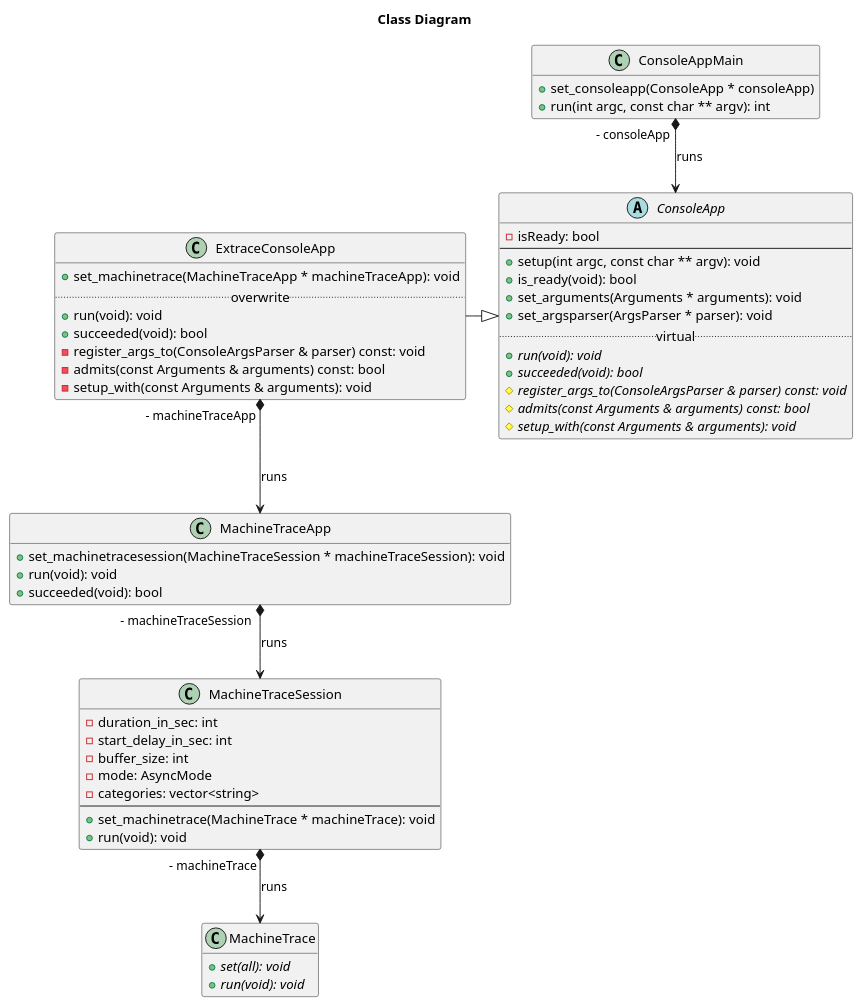
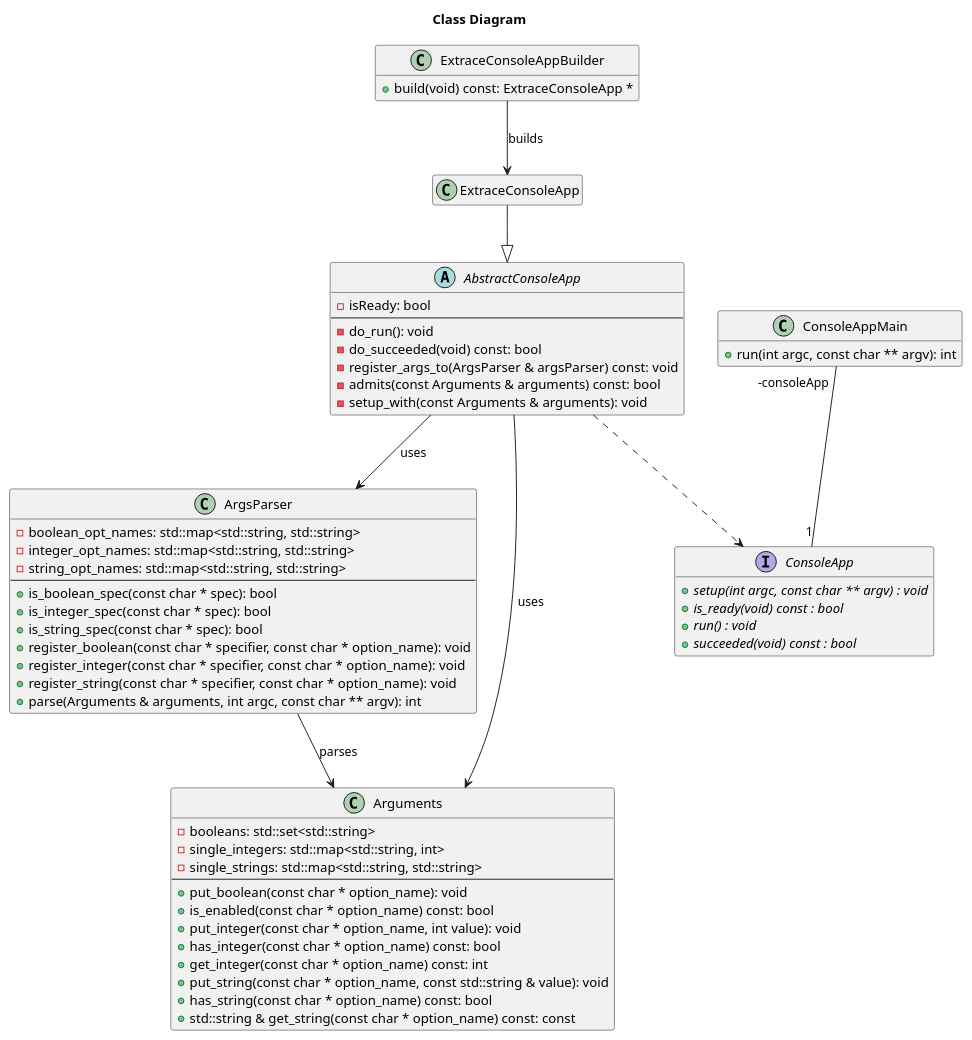
The diagram in docs/design/class.puml (littlewhywhat/extrace), drawn with PlantUML before and after one commit.

Commit message:
Update class diagram for ConsoleApp

```diff
--- a/docs/design/class.puml
+++ b/docs/design/class.puml
@@ -1,67 +1,79 @@
 @startuml
 
 title Class Diagram
 
+interface ConsoleApp {
+  + {abstract} setup(int argc, const char ** argv) : void
+  + {abstract} is_ready(void) const : bool
+  + {abstract} run() : void
+  + {abstract} succeeded(void) const : bool
+}
+hide ConsoleApp fields
+
+abstract class AbstractConsoleApp {
+  - isReady: bool
+  --
+  - do_run(): void
+  - do_succeeded(void) const: bool
+  - register_args_to(ArgsParser & argsParser) const: void
+  - admits(const Arguments & arguments) const: bool
+  - setup_with(const Arguments & arguments): void
+}
+
+AbstractConsoleApp ..> ConsoleApp
+AbstractConsoleApp --> ArgsParser: uses
+AbstractConsoleApp --> Arguments: uses
+
+class ArgsParser {
+  - boolean_opt_names: std::map<std::string, std::string>
+  - integer_opt_names: std::map<std::string, std::string>
+  - string_opt_names: std::map<std::string, std::string>
+  --
+  + is_boolean_spec(const char * spec): bool
+  + is_integer_spec(const char * spec): bool
+  + is_string_spec(const char * spec): bool
+  + register_boolean(const char * specifier, const char * option_name): void
+  + register_integer(const char * specifier, const char * option_name): void
+  + register_string(const char * specifier, const char * option_name): void
+  + parse(Arguments & arguments, int argc, const char ** argv): int
+}
+
+ArgsParser --> Arguments: parses
+
+class Arguments {
+  - booleans: std::set<std::string>
+  - single_integers: std::map<std::string, int>
+  - single_strings: std::map<std::string, std::string>
+  --
+  + put_boolean(const char * option_name): void
+  + is_enabled(const char * option_name) const: bool
+  + put_integer(const char * option_name, int value): void
+  + has_integer(const char * option_name) const: bool
+  + get_integer(const char * option_name) const: int
+  + put_string(const char * option_name, const std::string & value): void
+  + has_string(const char * option_name) const: bool
+  + std::string & get_string(const char * option_name) const: const
+}
+
 class ConsoleAppMain {
-  + set_consoleapp(ConsoleApp * consoleApp)
   + run(int argc, const char ** argv): int
 }
 hide ConsoleAppMain fields
 
-abstract class ConsoleApp {
-  - isReady: bool
-  --
-  + setup(int argc, const char ** argv): void
-  + is_ready(void): bool
-  + set_arguments(Arguments * arguments): void
-  + set_argsparser(ArgsParser * parser): void
-  ..virtual..
-  + {abstract} run(void): void
-  + {abstract} succeeded(void): bool
-  # {abstract} register_args_to(ConsoleArgsParser & parser) const: void
-  # {abstract} admits(const Arguments & arguments) const: bool
-  # {abstract} setup_with(const Arguments & arguments): void
-}
+ConsoleAppMain "-consoleApp" -- "1" ConsoleApp
 
 class ExtraceConsoleApp {
-  + set_machinetrace(MachineTraceApp * machineTraceApp): void
-  ..overwrite..
-  + run(void): void
-  + succeeded(void): bool
-  - register_args_to(ConsoleArgsParser & parser) const: void
-  - admits(const Arguments & arguments) const: bool
-  - setup_with(const Arguments & arguments): void
 }
+hide ExtraceConsoleApp methods
 hide ExtraceConsoleApp fields
 
-class MachineTraceApp {
-  + set_machinetracesession(MachineTraceSession * machineTraceSession): void
-  + run(void): void
-  + succeeded(void): bool
+ExtraceConsoleApp --|> AbstractConsoleApp
+
+class ExtraceConsoleAppBuilder {
+  + build(void) const: ExtraceConsoleApp * 
 }
-hide MachineTraceApp fields
+hide ExtraceConsoleAppBuilder fields
 
-class MachineTraceSession {
-  - duration_in_sec: int
-  - start_delay_in_sec: int
-  - buffer_size: int
-  - mode: AsyncMode
-  - categories: vector<string>
-  --
-  + set_machinetrace(MachineTrace * machineTrace): void
-  + run(void): void
-}
-
-class MachineTrace {
-  {abstract} + set(all): void
-  {abstract} + run(void): void
-}
-hide MachineTrace fields
-
-ConsoleAppMain "- consoleApp" *--> ConsoleApp: runs
-ExtraceConsoleApp -|> ConsoleApp
-ExtraceConsoleApp "- machineTraceApp" *--> MachineTraceApp: runs
-MachineTraceApp "- machineTraceSession" *--> MachineTraceSession: runs
-MachineTraceSession "- machineTrace" *--> MachineTrace: runs
+ExtraceConsoleAppBuilder --> ExtraceConsoleApp: builds
 
 @enduml
```
